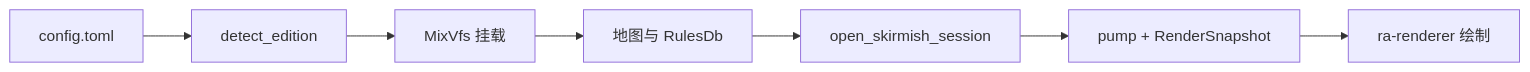
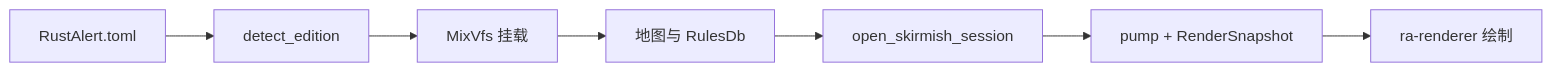
Before and after one commit to rust-alert/ra2.exe: the first of 4 diagrams in projects/ra-desktop/readme.md, drawn with Mermaid. The commit also changed other lines of this file and 9 other files, not shown here.

First line of the commit message:
📝 Point documents and ignore rules at `RustAlert.toml`

````diff
--- a/projects/ra-desktop/readme.md
+++ b/projects/ra-desktop/readme.md
@@ -10,9 +10,9 @@
 ```mermaid
 flowchart LR
-    A[config.toml] --> B[detect_edition]
+    A[RustAlert.toml] --> B[detect_edition]
     B --> C[MixVfs 挂载]
     C --> D[地图与 RulesDb]
     D --> E[open_skirmish_session]
     E --> F[pump + RenderSnapshot]
     F --> G[ra-renderer 绘制]
 ```
````
